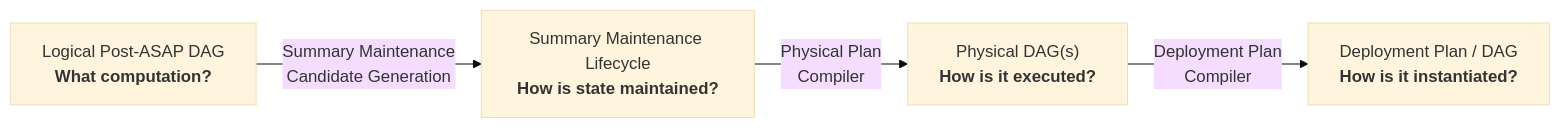
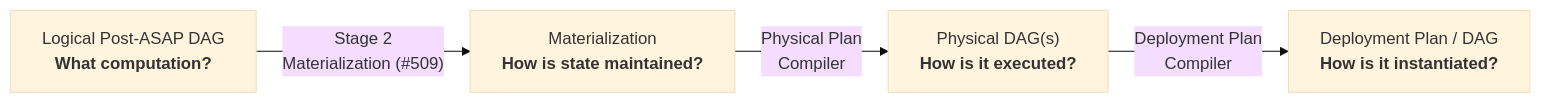
The diagram in docs/design_docs/physical-planning-and-deployment.md (ProjectASAP/ASAPPlanner), drawn with Mermaid (base theme) before and after one commit. The commit also changed other lines of this file and 24 other files, not shown here.

First line of the commit message:
docs: drop the summary maintenance lifecycle and document the query-time default

````diff
--- a/docs/design_docs/physical-planning-and-deployment.md
+++ b/docs/design_docs/physical-planning-and-deployment.md
@@ -7,11 +7,11 @@
 ```mermaid
 flowchart LR
     L["Logical Post-ASAP DAG<br/><b>What computation?</b>"]
-    M["Summary Maintenance Lifecycle<br/><b>How is state maintained?</b>"]
+    M["Materialization<br/><b>How is state maintained?</b>"]
     P["Physical DAG(s)<br/><b>How is it executed?</b>"]
     D["Deployment Plan / DAG<br/><b>How is it instantiated?</b>"]
 
-    L -->|"Summary Maintenance<br/>Candidate Generation"| M
+    L -->|"Stage 2<br/>Materialization (#509)"| M
     M -->|"Physical Plan<br/>Compiler"| P
     P -->|"Deployment Plan<br/>Compiler"| D
 ```
````
